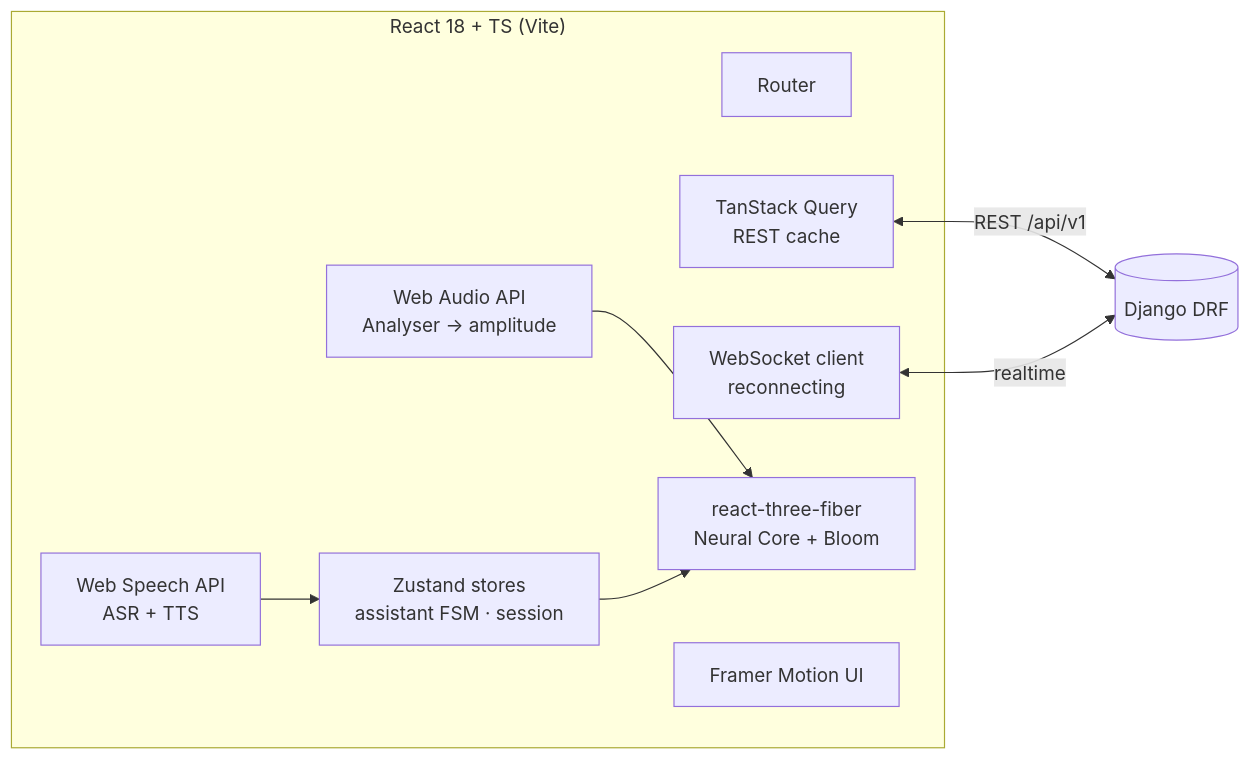
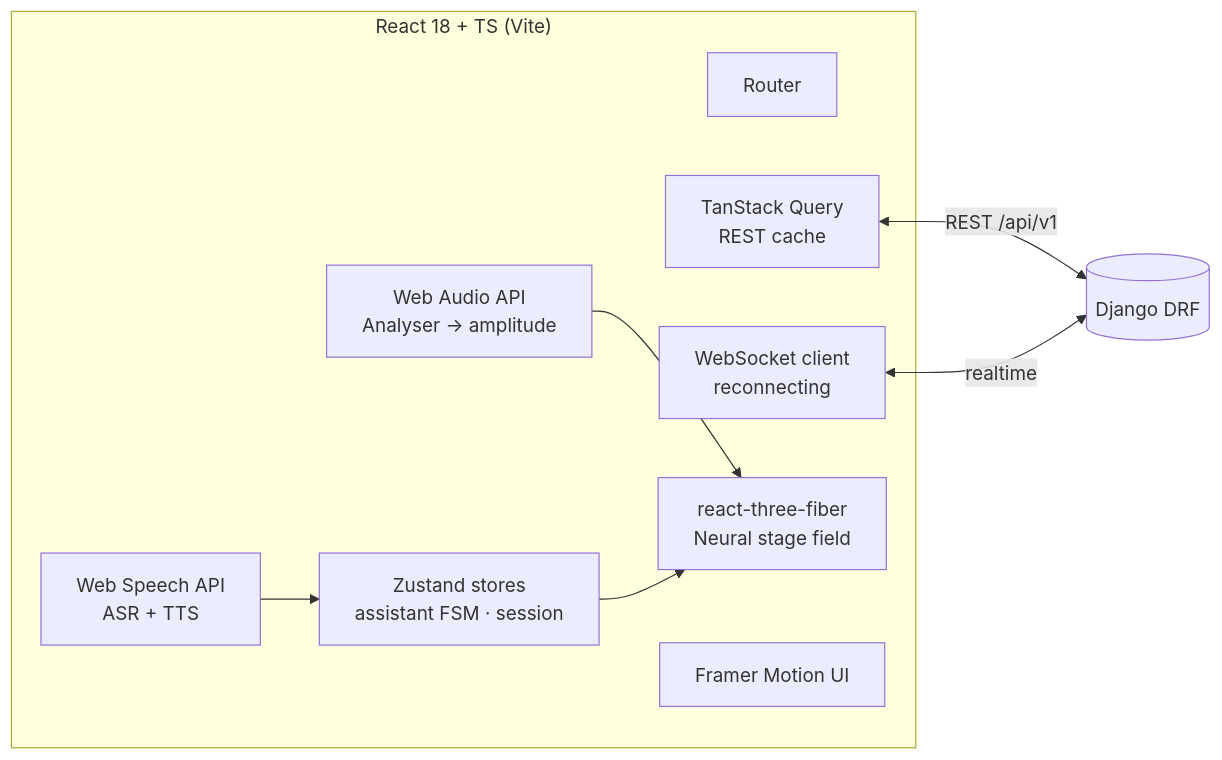
One commit to udithsandaruwan2/care-plus-aio changed the third of 4 diagrams in docs/FRONTEND.md. Above: the diagram before and after it, drawn with Mermaid. The commit also changed other lines of this file and 7 other files, not shown here.

First line of the commit message:
feat(serah): unclip the neural core into a 3D stage field

````diff
--- a/docs/FRONTEND.md
+++ b/docs/FRONTEND.md
@@ -172,18 +175,18 @@
 ```mermaid
 flowchart LR
     subgraph Web["React 18 + TS (Vite)"]
         R[Router]
         Z[Zustand stores<br/>assistant FSM · session]
         Q[TanStack Query<br/>REST cache]
         WS[WebSocket client<br/>reconnecting]
         AU[Web Audio API<br/>Analyser → amplitude]
         SP[Web Speech API<br/>ASR + TTS]
-        TF[react-three-fiber<br/>Neural Core + Bloom]
+        TF[react-three-fiber<br/>Neural stage field]
         FM[Framer Motion UI]
     end
     SP --> Z
     AU --> TF
     Z --> TF
     Q <-->|REST /api/v1| API[(Django DRF)]
     WS <-->|realtime| API
 ```
````
